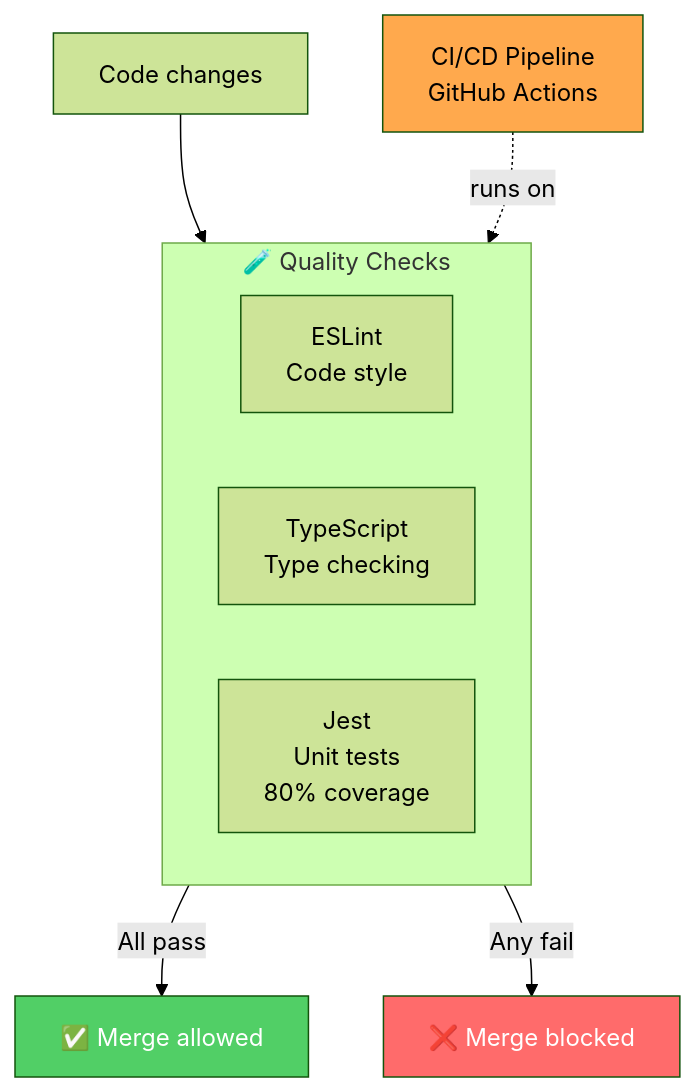
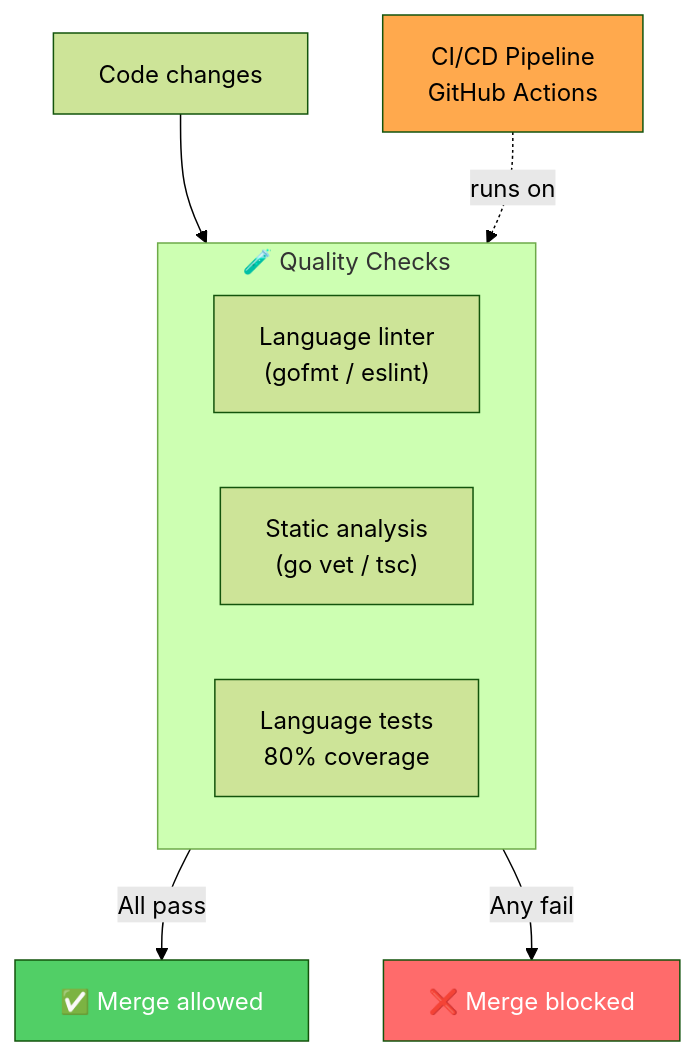
One commit to lfarizav/hdd-gsd2-hybrid-framework changed the fifth of 7 diagrams in docs/architecture.md. Above: the diagram before and after it, drawn with Mermaid (forest theme). The commit also changed other lines of this file and 4 other files, not shown here.

````diff
--- a/docs/architecture.md
+++ b/docs/architecture.md
@@ -219,22 +219,22 @@
 ```mermaid
 graph TB
     Code["Code changes"]
 
     subgraph Checks["🧪 Quality Checks"]
-        Lint["ESLint<br/>Code style"]
-        Type["TypeScript<br/>Type checking"]
-        Test["Jest<br/>Unit tests<br/>80% coverage"]
+        Lint["Language linter<br/>(gofmt / eslint)"]
+        Type["Static analysis<br/>(go vet / tsc)"]
+        Test["Language tests<br/>80% coverage"]
     end
 
     CI["CI/CD Pipeline<br/>GitHub Actions"]
 
     Code --> Checks
     Checks -->|All pass| Merge["✅ Merge allowed"]
     Checks -->|Any fail| Block["❌ Merge blocked"]
 
     CI -.->|runs on| Checks
 
     style Merge fill:#51cf66,color:#fff
     style Block fill:#ff6b6b,color:#fff
     style CI fill:#ffa94d,color:#000
 ```
````
